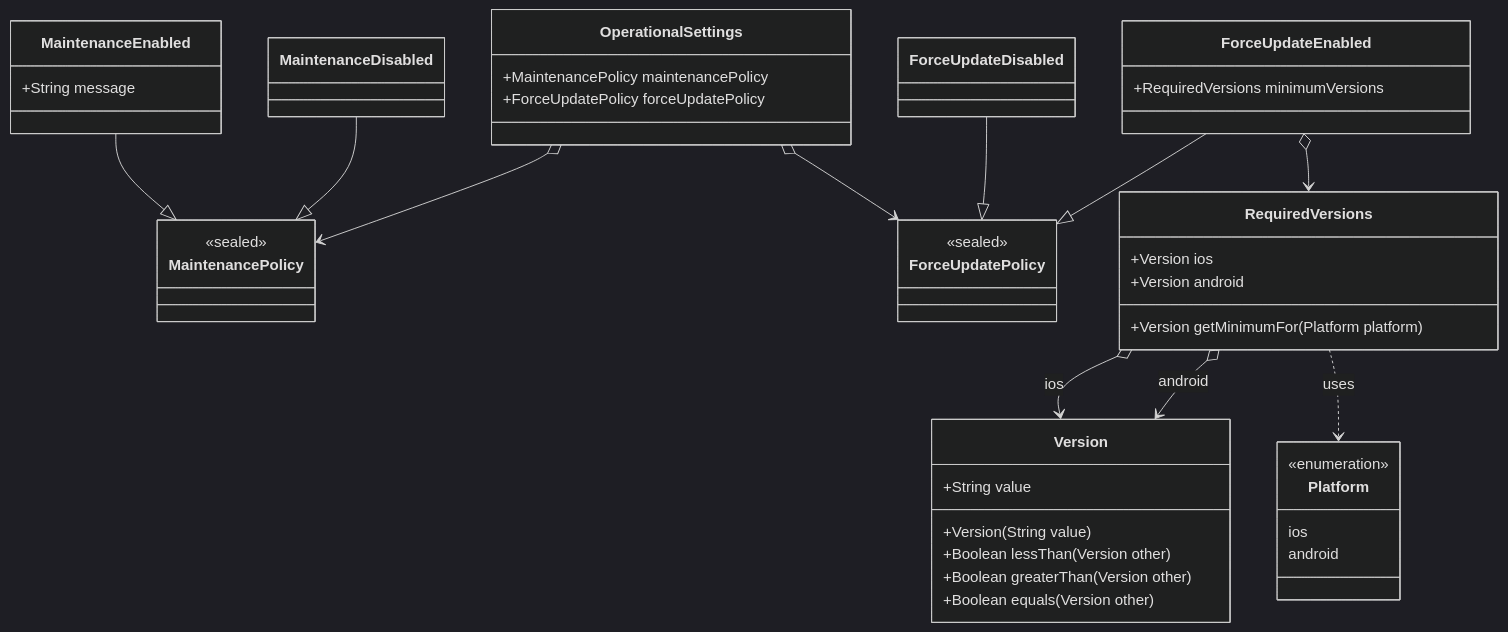
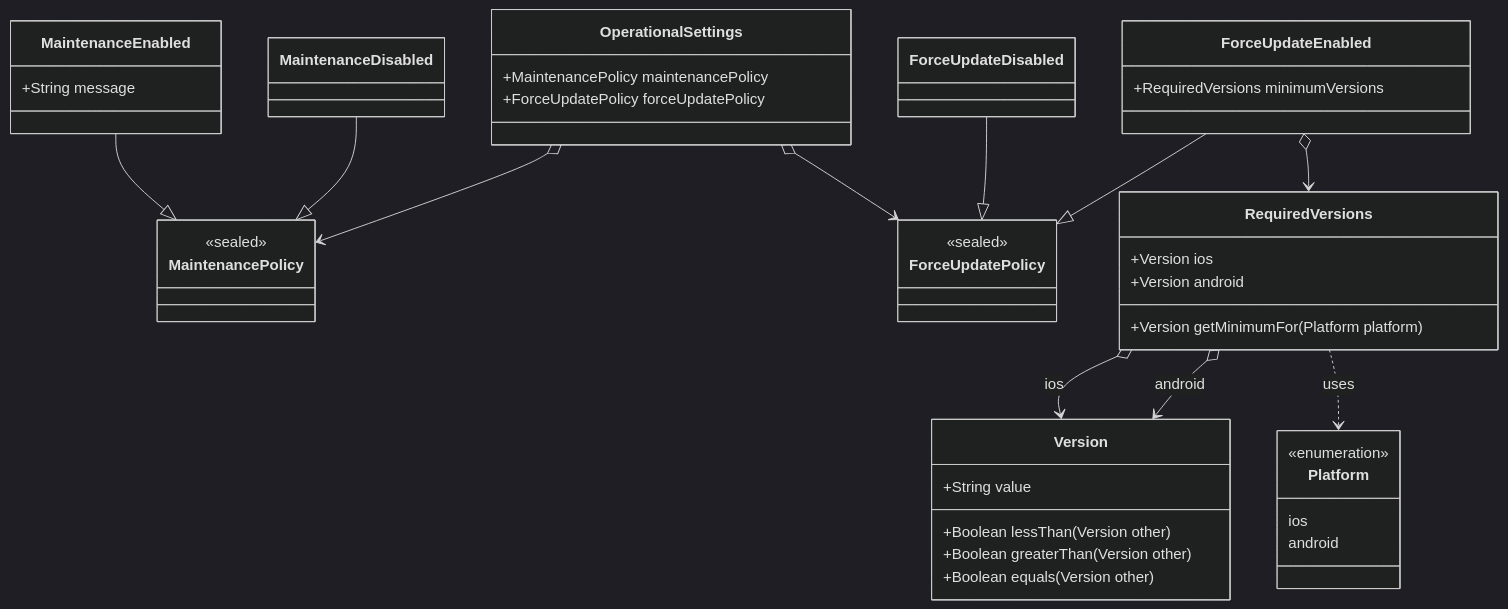
Before and after one commit to yumemi-inc/flutter-mobile-project-template: the first of 2 diagrams in docs/MODELING.md, drawn with Mermaid (dark theme).

Commit message:
fix: 不要なコンストラクタの記述を削除

````diff
--- a/docs/MODELING.md
+++ b/docs/MODELING.md
@@ -64,63 +64,62 @@
 ```mermaid
 classDiagram
     direction TB
 
     %% --- Core Settings Container ---
     class OperationalSettings {
         +MaintenancePolicy maintenancePolicy
         +ForceUpdatePolicy forceUpdatePolicy
     }
 
     %% --- Maintenance Policy/State ---
     class MaintenancePolicy {
         <<sealed>>
     }
     class MaintenanceEnabled {
         +String message
     }
     class MaintenanceDisabled {
     }
     MaintenanceEnabled --|> MaintenancePolicy
     MaintenanceDisabled --|> MaintenancePolicy
 
     %% --- Force Update Policy ---
     class ForceUpdatePolicy {
         <<sealed>>
     }
     class ForceUpdateEnabled {
         +RequiredVersions minimumVersions
     }
     class ForceUpdateDisabled {
     }
     ForceUpdateEnabled --|> ForceUpdatePolicy
     ForceUpdateDisabled --|> ForceUpdatePolicy
 
     %% --- Force Update Details ---
     class RequiredVersions {
         +Version ios
         +Version android
         +Version getMinimumFor(Platform platform)
     }
 
     %% --- Value Objects & Enums ---
     class Version {
         +String value
-        +Version(String value)
         +Boolean lessThan(Version other)
         +Boolean greaterThan(Version other)
         +Boolean equals(Version other)
     }
     class Platform {
         <<enumeration>>
         ios
         android
     }
 
     %% --- Relationships ---
     OperationalSettings o--> MaintenancePolicy
     OperationalSettings o--> ForceUpdatePolicy
     ForceUpdateEnabled o--> RequiredVersions
     RequiredVersions o--> Version : ios
     RequiredVersions o--> Version : android
     RequiredVersions ..> Platform : uses
 ```
````
